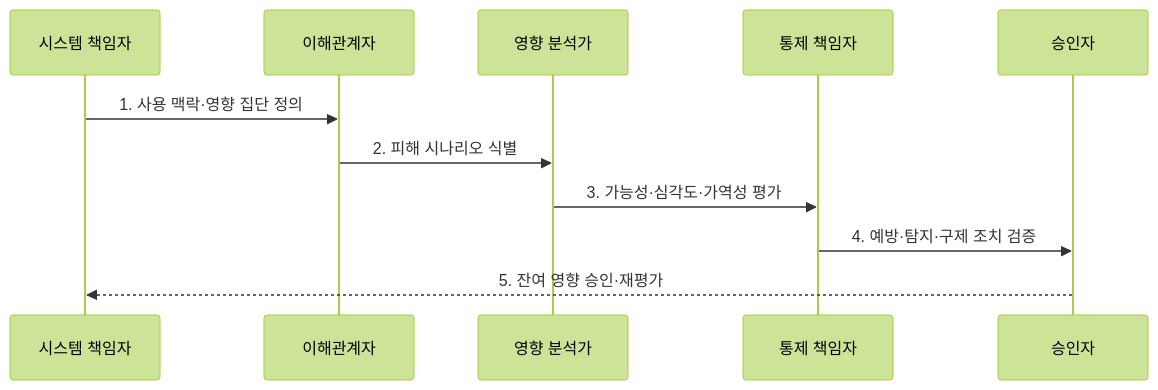
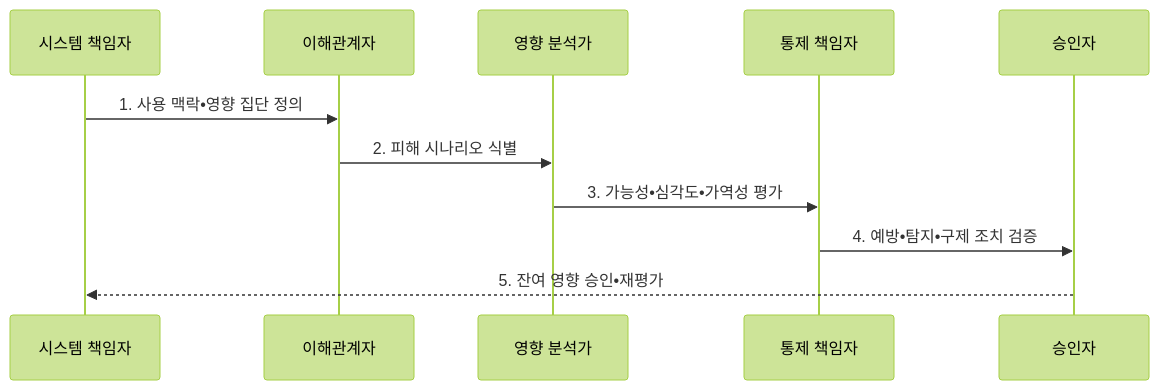
One commit to agnusdei1207/knowledge-base changed the second of 2 diagrams in src/content/docs/notes/08-latest-tech/108_ai_impact_assessment.md. Above: the diagram before and after it, drawn with Mermaid (forest theme). The commit also changed other lines of this file and 953 other files, not shown here.

````diff
--- a/src/content/docs/notes/08-latest-tech/108_ai_impact_assessment.md
+++ b/src/content/docs/notes/08-latest-tech/108_ai_impact_assessment.md
@@ -101,13 +101,13 @@
 ```mermaid
 sequenceDiagram
     participant O as 시스템 책임자
     participant S as 이해관계자
     participant A as 영향 분석가
     participant M as 통제 책임자
     participant R as 승인자
-    O->>S: 1. 사용 맥락·영향 집단 정의
+    O->>S: 1. 사용 맥락•영향 집단 정의
     S->>A: 2. 피해 시나리오 식별
-    A->>M: 3. 가능성·심각도·가역성 평가
-    M->>R: 4. 예방·탐지·구제 조치 검증
-    R-->>O: 5. 잔여 영향 승인·재평가
+    A->>M: 3. 가능성•심각도•가역성 평가
+    M->>R: 4. 예방•탐지•구제 조치 검증
+    R-->>O: 5. 잔여 영향 승인•재평가
 ```
````
